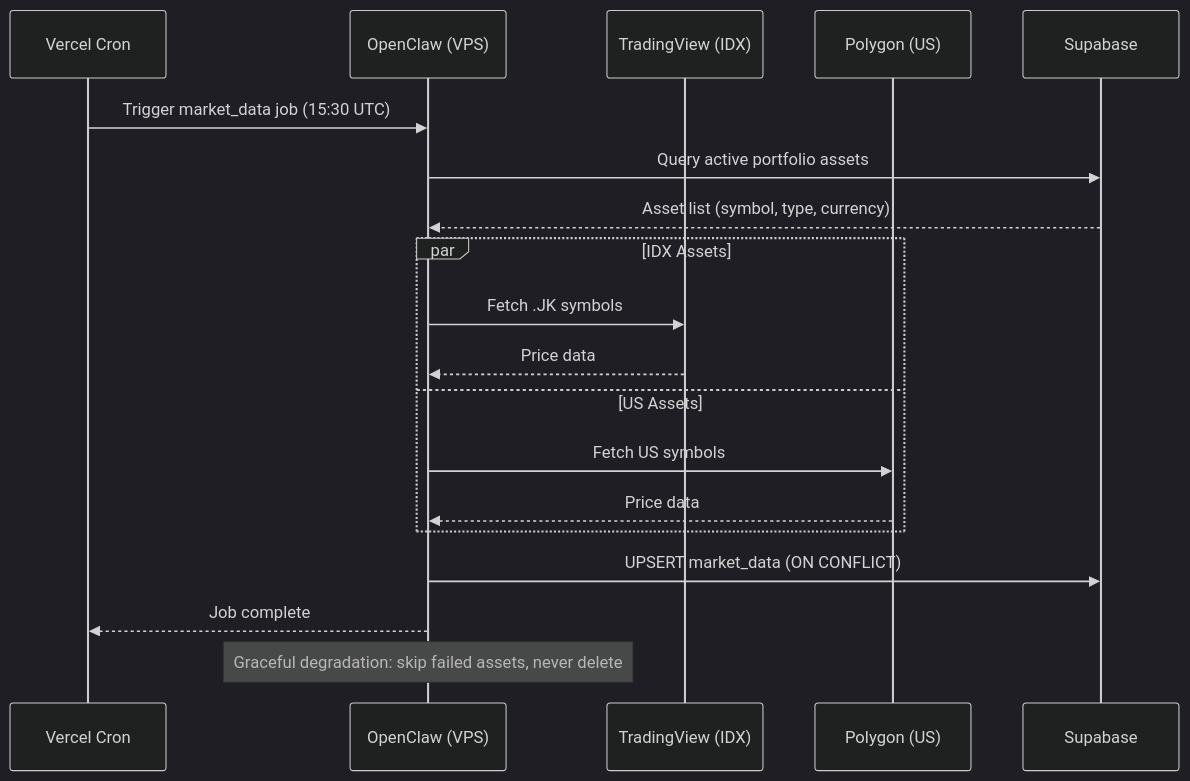
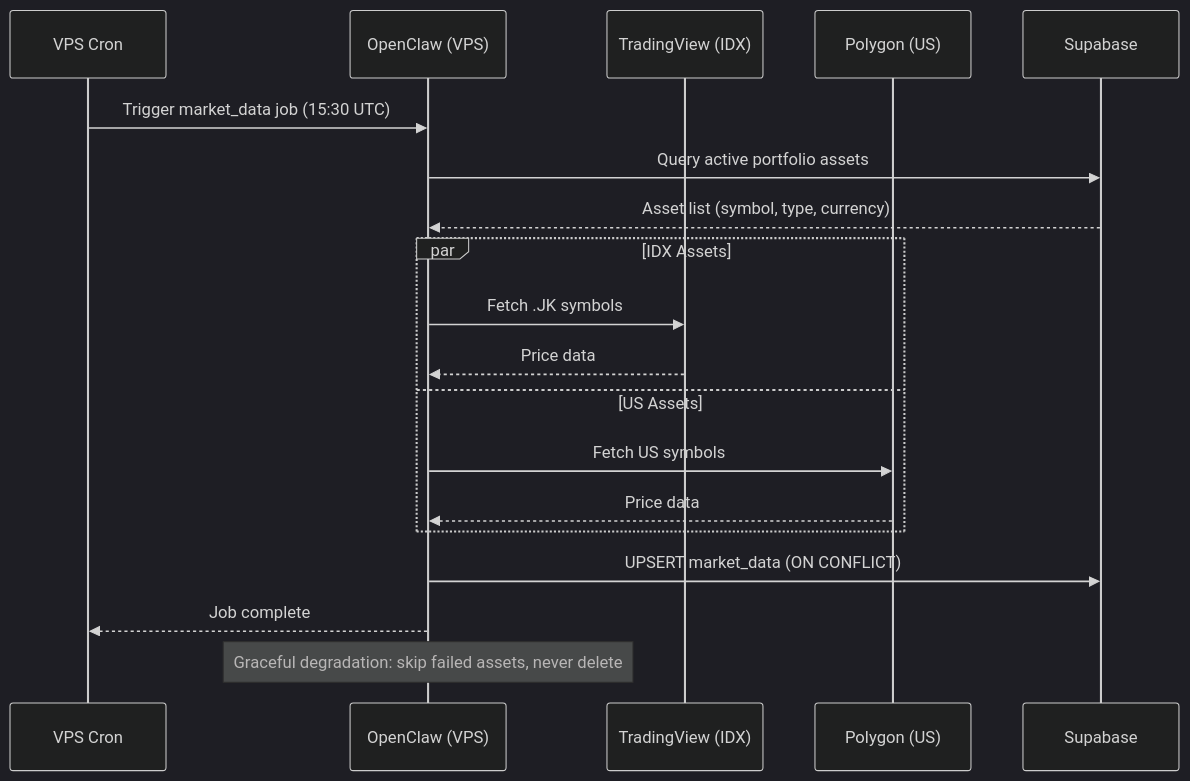
One commit to IgnatiusHarry/Wealthfolio-Portfolio changed the first of 2 diagrams in architecture/openclaw-vps.md. Above: the diagram before and after it, drawn with Mermaid (dark theme). The commit also changed other lines of this file and 4 other files, not shown here.

Commit message:
docs: switch cron references from Vercel Cron to VPS/OpenClaw cron

````diff
--- a/architecture/openclaw-vps.md
+++ b/architecture/openclaw-vps.md
@@ -27,26 +27,26 @@
 ```mermaid
 sequenceDiagram
-    participant Cron as Vercel Cron
+    participant Cron as VPS Cron
     participant OC as OpenClaw (VPS)
     participant TV as TradingView (IDX)
     participant Poly as Polygon (US)
     participant DB as Supabase
 
     Cron->>OC: Trigger market_data job (15:30 UTC)
     
     OC->>DB: Query active portfolio assets
     DB-->>OC: Asset list (symbol, type, currency)
     
     par IDX Assets
         OC->>TV: Fetch .JK symbols
         TV-->>OC: Price data
     and US Assets
         OC->>Poly: Fetch US symbols
         Poly-->>OC: Price data
     end
     
     OC->>DB: UPSERT market_data (ON CONFLICT)
     OC-->>Cron: Job complete
     
     Note over OC: Graceful degradation: skip failed assets, never delete
 ```
````
